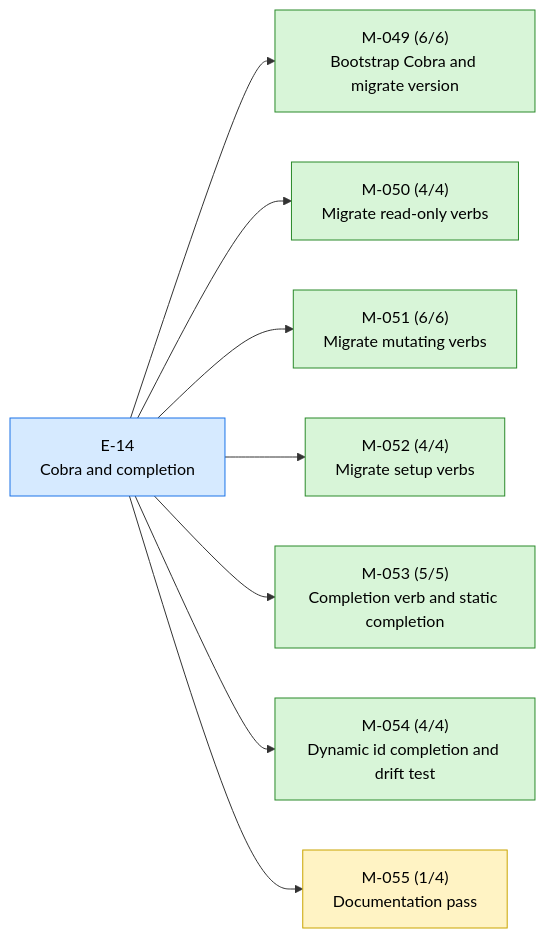
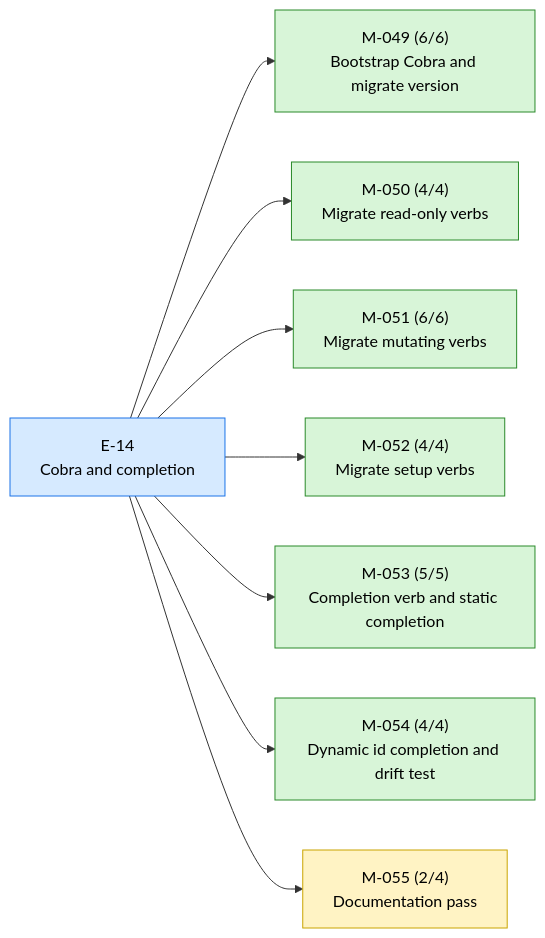
One commit to 23min/aiwf changed the first of 2 diagrams in STATUS.md. Above: the diagram before and after it, drawn with Mermaid. The commit also changed other lines of this file and 1 other file, not shown here.

````diff
--- a/STATUS.md
+++ b/STATUS.md
@@ -17,24 +17,24 @@
 ```mermaid
 flowchart LR
   E_14["E-14<br/>Cobra and completion"]:::epic_active
   M_049["M-049 (6/6)<br/>Bootstrap Cobra and migrate version"]:::ms_done
   E_14 --> M_049
   M_050["M-050 (4/4)<br/>Migrate read-only verbs"]:::ms_done
   E_14 --> M_050
   M_051["M-051 (6/6)<br/>Migrate mutating verbs"]:::ms_done
   E_14 --> M_051
   M_052["M-052 (4/4)<br/>Migrate setup verbs"]:::ms_done
   E_14 --> M_052
   M_053["M-053 (5/5)<br/>Completion verb and static completion"]:::ms_done
   E_14 --> M_053
   M_054["M-054 (4/4)<br/>Dynamic id completion and drift test"]:::ms_done
   E_14 --> M_054
-  M_055["M-055 (1/4)<br/>Documentation pass"]:::ms_in_progress
+  M_055["M-055 (2/4)<br/>Documentation pass"]:::ms_in_progress
   E_14 --> M_055
   classDef epic_active fill:#d6eaff,stroke:#1a73e8,color:#000
   classDef epic_proposed fill:#f4f4f4,stroke:#888,color:#000
   classDef ms_done fill:#d8f5d8,stroke:#2a8a2a,color:#000
   classDef ms_in_progress fill:#fff3c4,stroke:#caa400,color:#000
   classDef ms_draft fill:#f4f4f4,stroke:#888,color:#000
   classDef ms_cancelled fill:#fbeaea,stroke:#c33,color:#000
 ```
````
